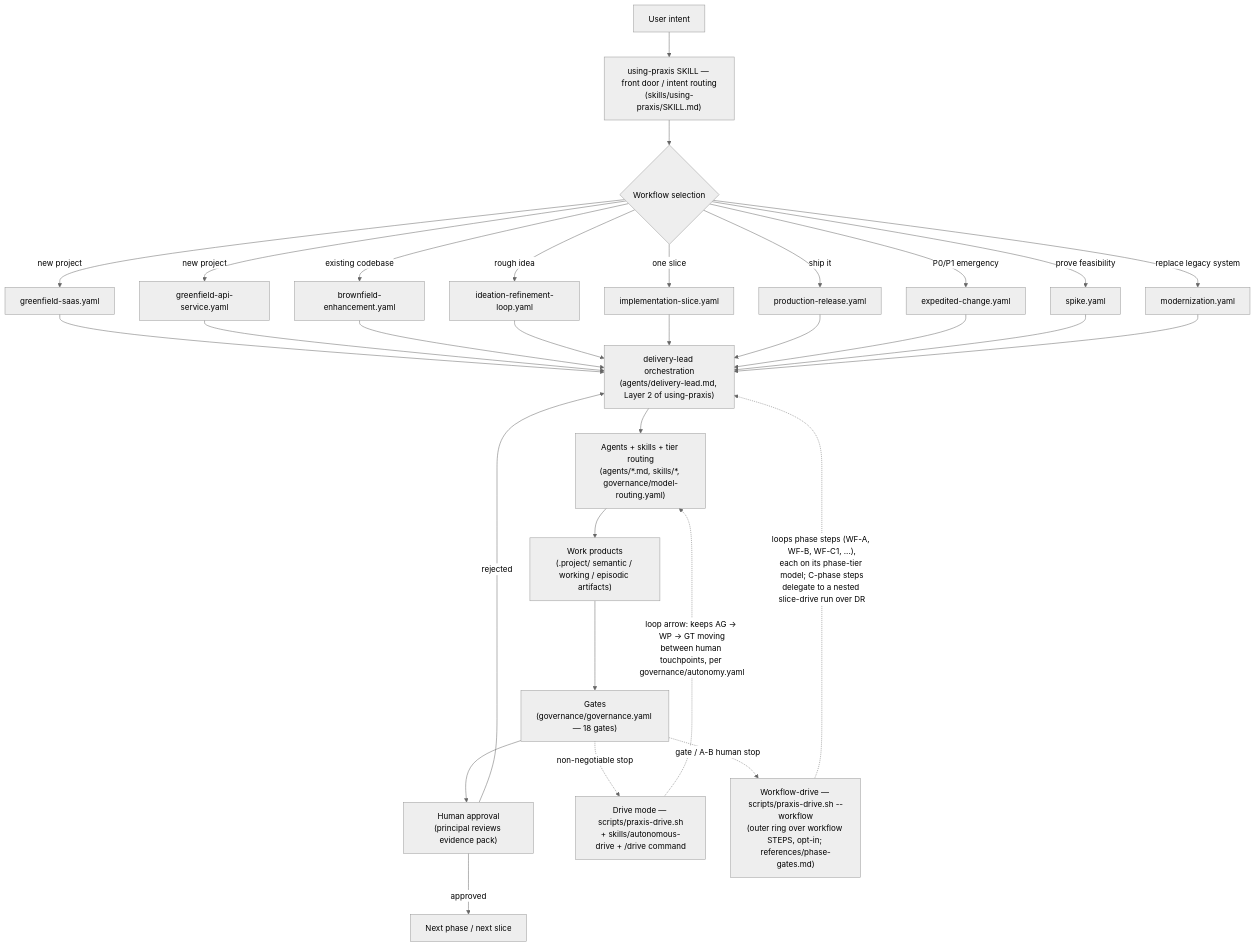
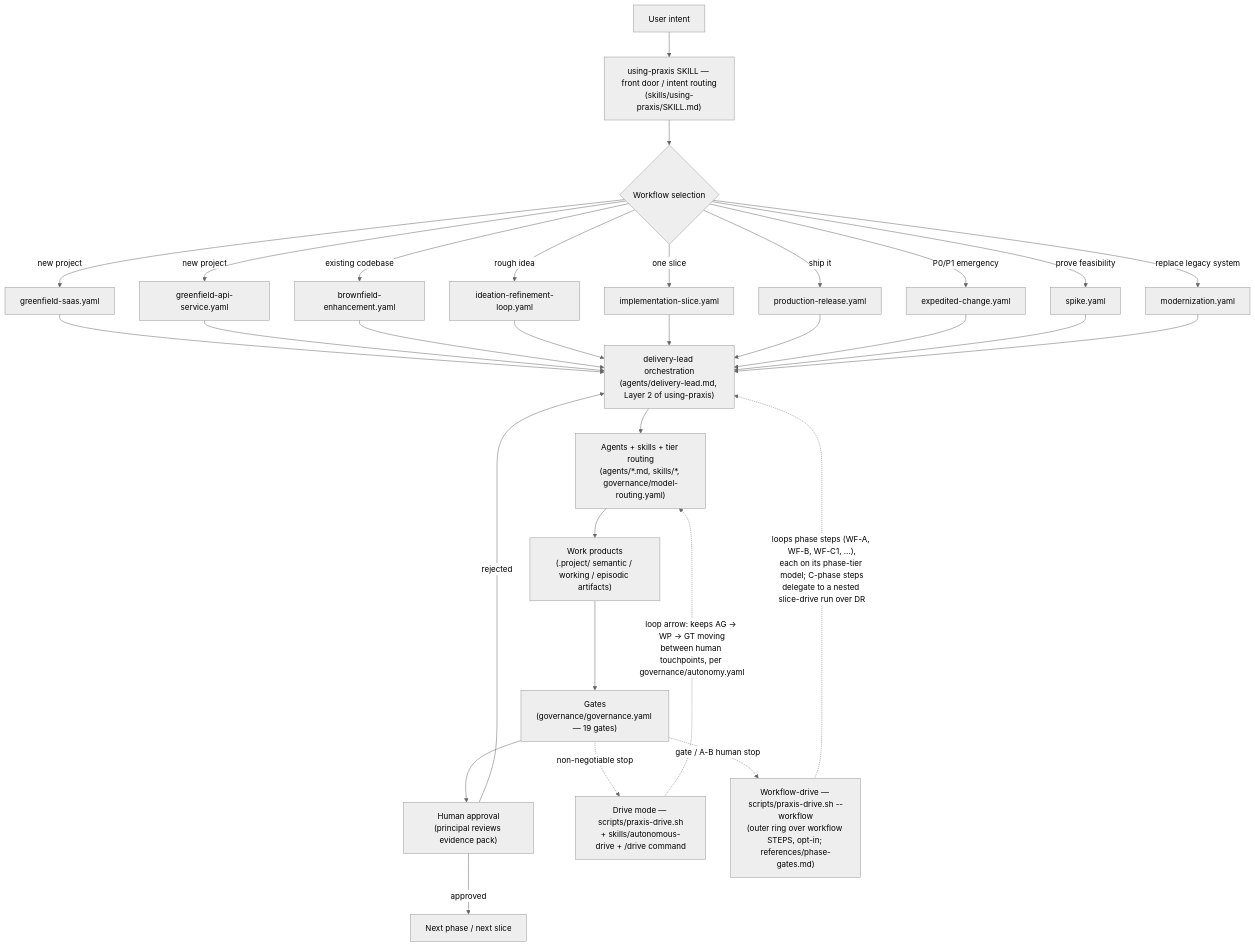
One commit to jeet129/praxis changed the first of 4 diagrams in docs/operating-model.md. Above: the diagram before and after it, drawn with Mermaid (neutral theme). The commit also changed other lines of this file and 332 other files, not shown here.

````diff
--- a/docs/operating-model.md
+++ b/docs/operating-model.md
@@ -12,40 +12,40 @@
 ```mermaid
 flowchart TD
     U[User intent] --> UP["using-praxis SKILL — front door / intent routing<br/>(skills/using-praxis/SKILL.md)"]
     UP --> WF{Workflow selection}
     WF -->|new project| GS[greenfield-saas.yaml]
     WF -->|new project| GA[greenfield-api-service.yaml]
     WF -->|existing codebase| BE[brownfield-enhancement.yaml]
     WF -->|rough idea| IR[ideation-refinement-loop.yaml]
     WF -->|one slice| IS[implementation-slice.yaml]
     WF -->|ship it| PR[production-release.yaml]
     WF -->|P0/P1 emergency| EC[expedited-change.yaml]
     WF -->|prove feasibility| SP[spike.yaml]
     WF -->|replace legacy system| MZ[modernization.yaml]
 
     GS --> DL
     GA --> DL
     BE --> DL
     IR --> DL
     IS --> DL
     PR --> DL
     EC --> DL
     SP --> DL
     MZ --> DL
 
     DL["delivery-lead orchestration<br/>(agents/delivery-lead.md, Layer 2 of using-praxis)"]
     DL --> AG["Agents + skills + tier routing<br/>(agents/*.md, skills/*, governance/model-routing.yaml)"]
     AG --> WP["Work products<br/>(.project/ semantic / working / episodic artifacts)"]
-    WP --> GT["Gates<br/>(governance/governance.yaml — 18 gates)"]
+    WP --> GT["Gates<br/>(governance/governance.yaml — 19 gates)"]
     GT --> HA["Human approval<br/>(principal reviews evidence pack)"]
     HA -->|approved| NEXT[Next phase / next slice]
     HA -->|rejected| DL
 
     DR["Drive mode — scripts/praxis-drive.sh<br/>+ skills/autonomous-drive + /drive command"]
     DR -. "loop arrow: keeps AG -> WP -> GT moving<br/>between human touchpoints, per governance/autonomy.yaml" .-> AG
     GT -. "non-negotiable stop" .-> DR
 
     WD["Workflow-drive — scripts/praxis-drive.sh --workflow<br/>(outer ring over workflow STEPS, opt-in; references/phase-gates.md)"]
     WD -. "loops phase steps (WF-A, WF-B, WF-C1, ...),<br/>each on its phase-tier model; C-phase steps<br/>delegate to a nested slice-drive run over DR" .-> DL
     GT -. "gate / A-B human stop" .-> WD
 ```
````
